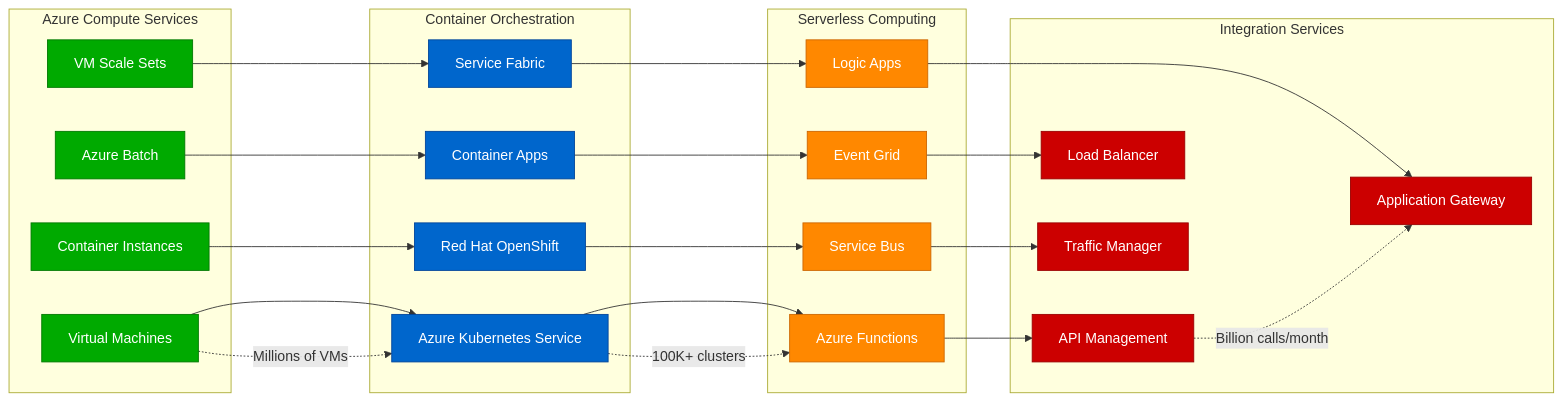
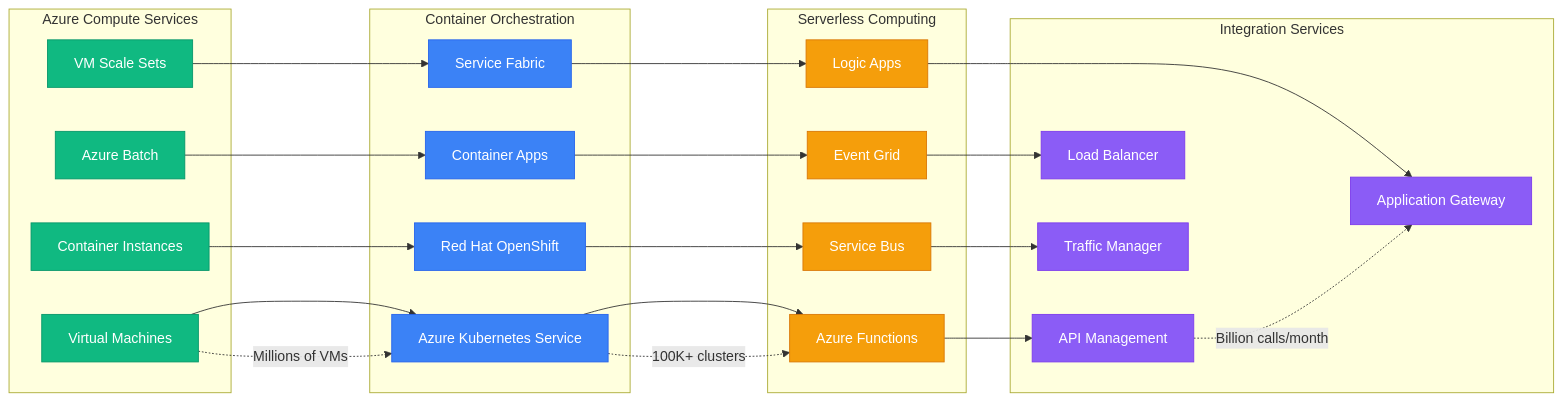
The third of 6 diagrams in site/docs/systems/microsoft/architecture.md (deepaucksharma/DS), drawn with Mermaid before and after one commit. The commit also changed other lines of this file and 303 other files, not shown here.

````diff
--- a/site/docs/systems/microsoft/architecture.md
+++ b/site/docs/systems/microsoft/architecture.md
@@ -168,63 +168,63 @@
 ```mermaid
 graph LR
     subgraph Compute[Azure Compute Services]
         VIRTUAL_MACHINES[Virtual Machines]
         VMSS[VM Scale Sets]
         BATCH[Azure Batch]
         CONTAINER_INSTANCES[Container Instances]
     end
 
     subgraph Containers[Container Orchestration]
         AKS[Azure Kubernetes Service]
         SERVICE_FABRIC[Service Fabric]
         CONTAINER_APPS[Container Apps]
         RED_HAT_OPENSHIFT[Red Hat OpenShift]
     end
 
     subgraph Serverless[Serverless Computing]
         AZURE_FUNCTIONS[Azure Functions]
         LOGIC_APPS[Logic Apps]
         EVENT_GRID[Event Grid]
         SERVICE_BUS[Service Bus]
     end
 
     subgraph Integration[Integration Services]
         API_MANAGEMENT[API Management]
         APPLICATION_GATEWAY[Application Gateway]
         LOAD_BALANCER[Load Balancer]
         TRAFFIC_MANAGER[Traffic Manager]
     end
 
     %% Service relationships
     VIRTUAL_MACHINES --> AKS
     VMSS --> SERVICE_FABRIC
     BATCH --> CONTAINER_APPS
     CONTAINER_INSTANCES --> RED_HAT_OPENSHIFT
 
     %% Serverless integration
     AKS --> AZURE_FUNCTIONS
     SERVICE_FABRIC --> LOGIC_APPS
     CONTAINER_APPS --> EVENT_GRID
     RED_HAT_OPENSHIFT --> SERVICE_BUS
 
     %% Traffic management
     AZURE_FUNCTIONS --> API_MANAGEMENT
     LOGIC_APPS --> APPLICATION_GATEWAY
     EVENT_GRID --> LOAD_BALANCER
     SERVICE_BUS --> TRAFFIC_MANAGER
 
     %% Scale metrics
     VIRTUAL_MACHINES -.->|"Millions of VMs"| AKS
     AKS -.->|"100K+ clusters"| AZURE_FUNCTIONS
     API_MANAGEMENT -.->|"Billion calls/month"| APPLICATION_GATEWAY
 
-    classDef computeStyle fill:#00AA00,stroke:#007700,color:#fff
-    classDef containerStyle fill:#0066CC,stroke:#004499,color:#fff
-    classDef serverlessStyle fill:#FF8800,stroke:#CC6600,color:#fff
-    classDef integrationStyle fill:#CC0000,stroke:#990000,color:#fff
+    classDef computeStyle fill:#10B981,stroke:#059669,color:#fff
+    classDef containerStyle fill:#3B82F6,stroke:#2563EB,color:#fff
+    classDef serverlessStyle fill:#F59E0B,stroke:#D97706,color:#fff
+    classDef integrationStyle fill:#8B5CF6,stroke:#7C3AED,color:#fff
 
     class VIRTUAL_MACHINES,VMSS,BATCH,CONTAINER_INSTANCES computeStyle
     class AKS,SERVICE_FABRIC,CONTAINER_APPS,RED_HAT_OPENSHIFT containerStyle
     class AZURE_FUNCTIONS,LOGIC_APPS,EVENT_GRID,SERVICE_BUS serverlessStyle
     class API_MANAGEMENT,APPLICATION_GATEWAY,LOAD_BALANCER,TRAFFIC_MANAGER integrationStyle
 ```
````
